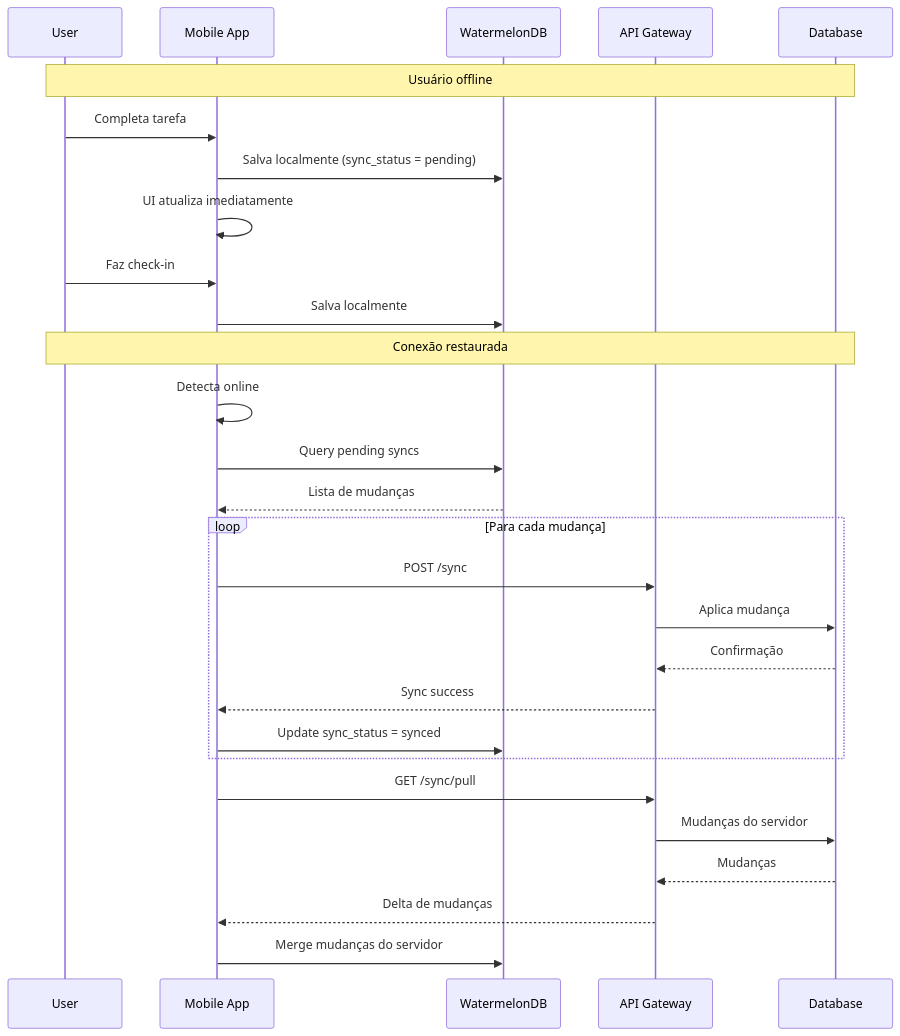
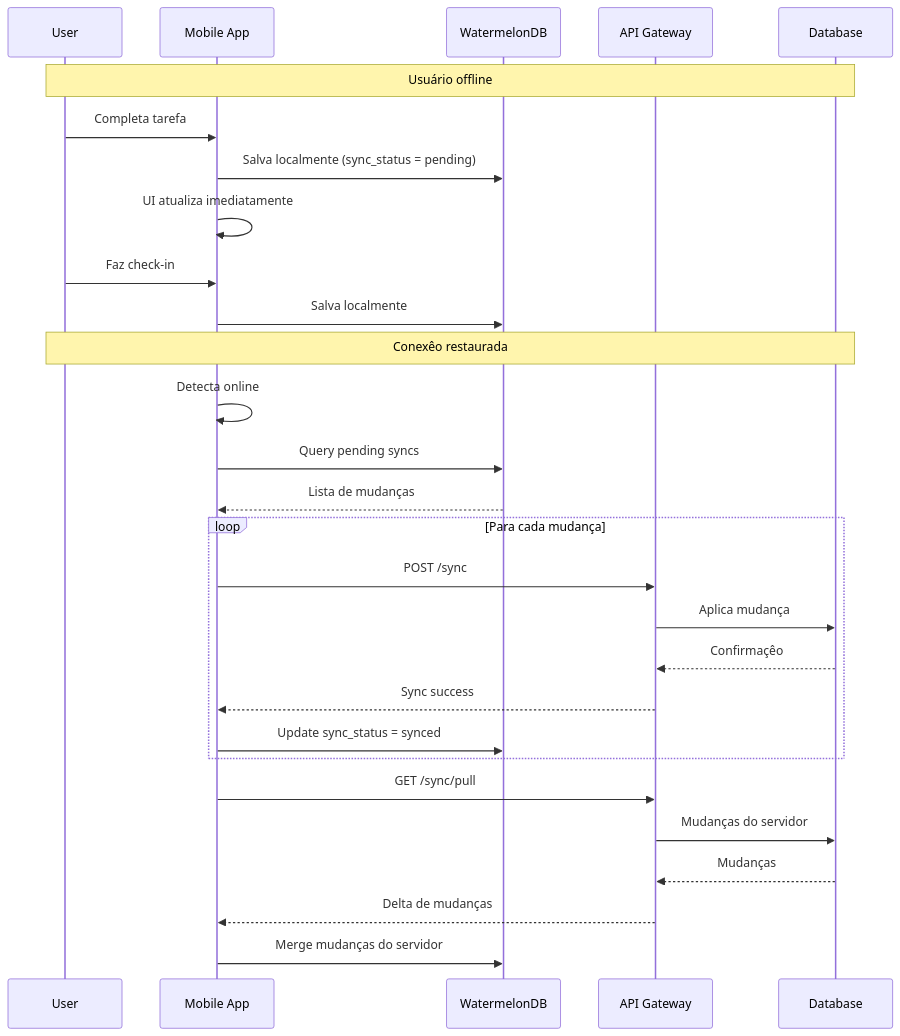
One commit to linnoff88-dev/arckhe-NCIAFlux changed the seventh of 7 diagrams in docs/architecture.md. Above: the diagram before and after it, drawn with Mermaid. The commit also changed other lines of this file and 100 other files, not shown here.

````diff
--- a/docs/architecture.md
+++ b/docs/architecture.md
@@ -668,37 +668,37 @@
 ```mermaid
 sequenceDiagram
     participant U as User
     participant M as Mobile App
     participant L as WatermelonDB
     participant A as API Gateway
     participant D as Database
 
     Note over U,D: Usuário offline
 
     U->>M: Completa tarefa
     M->>L: Salva localmente (sync_status = pending)
     M->>M: UI atualiza imediatamente
 
     U->>M: Faz check-in
     M->>L: Salva localmente
 
-    Note over U,D: Conexão restaurada
+    Note over U,D: Conexêo restaurada
 
     M->>M: Detecta online
     M->>L: Query pending syncs
     L-->>M: Lista de mudanças
 
     loop Para cada mudança
         M->>A: POST /sync
         A->>D: Aplica mudança
-        D-->>A: Confirmação
+        D-->>A: Confirmaçêo
         A-->>M: Sync success
         M->>L: Update sync_status = synced
     end
 
     M->>A: GET /sync/pull
     A->>D: Mudanças do servidor
     D-->>A: Mudanças
     A-->>M: Delta de mudanças
     M->>L: Merge mudanças do servidor
 ```
````
